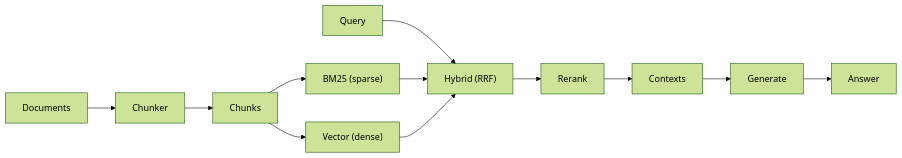
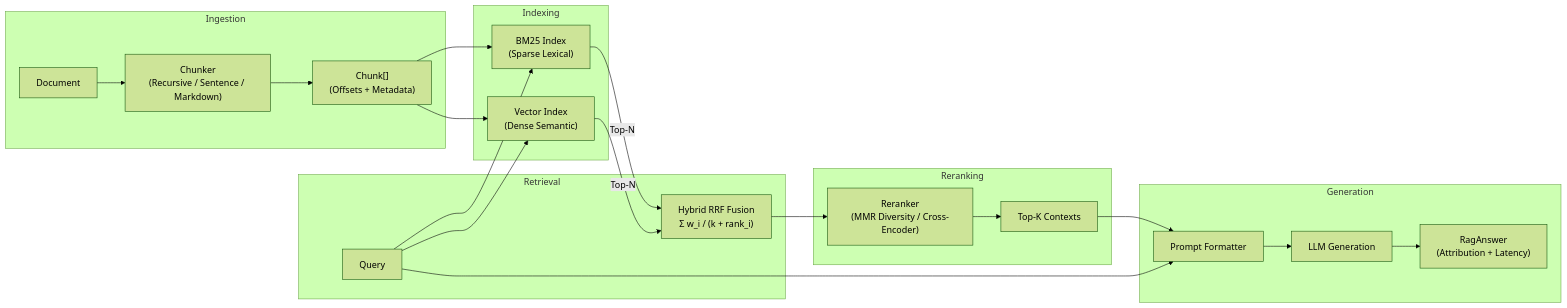
The diagram in README.md (fragompul/ragforge), drawn with Mermaid (forest theme) before and after one commit. The commit also changed other lines of this file and 3 other files, not shown here.

Commit message:
docs: overhaul readme and architecture guide with portfolio presentation and ci matrix

````diff
--- a/README.md
+++ b/README.md
@@ -33,10 +36,31 @@
 ```mermaid
 flowchart LR
-    Doc["Documents"] --> Chunker --> Chunks
-    Chunks --> BM25["BM25 (sparse)"]
-    Chunks --> Vector["Vector (dense)"]
-    Query --> Hybrid["Hybrid (RRF)"]
-    BM25 --> Hybrid
-    Vector --> Hybrid
-    Hybrid --> Rerank --> Contexts --> Generate --> Answer
+    subgraph Ingestion
+        Doc["Document"] --> Chunker["Chunker\n(Recursive / Sentence / Markdown)"]
+        Chunker --> Chunks["Chunk[]\n(Offsets + Metadata)"]
+    end
+
+    subgraph Indexing
+        Chunks --> BM25["BM25 Index\n(Sparse Lexical)"]
+        Chunks --> Vector["Vector Index\n(Dense Semantic)"]
+    end
+
+    subgraph Retrieval
+        Query["Query"] --> BM25
+        Query --> Vector
+        BM25 -->|Top-N| Hybrid["Hybrid RRF Fusion\nΣ w_i / (k + rank_i)"]
+        Vector -->|Top-N| Hybrid
+    end
+
+    subgraph Reranking
+        Hybrid --> Rerank["Reranker\n(MMR Diversity / Cross-Encoder)"]
+        Rerank --> TopK["Top-K Contexts"]
+    end
+
+    subgraph Generation
+        TopK --> Prompt["Prompt Formatter"]
+        Query --> Prompt
+        Prompt --> LLM["LLM Generation"]
+        LLM --> Answer["RagAnswer\n(Attribution + Latency)"]
+    end
 ```
````
